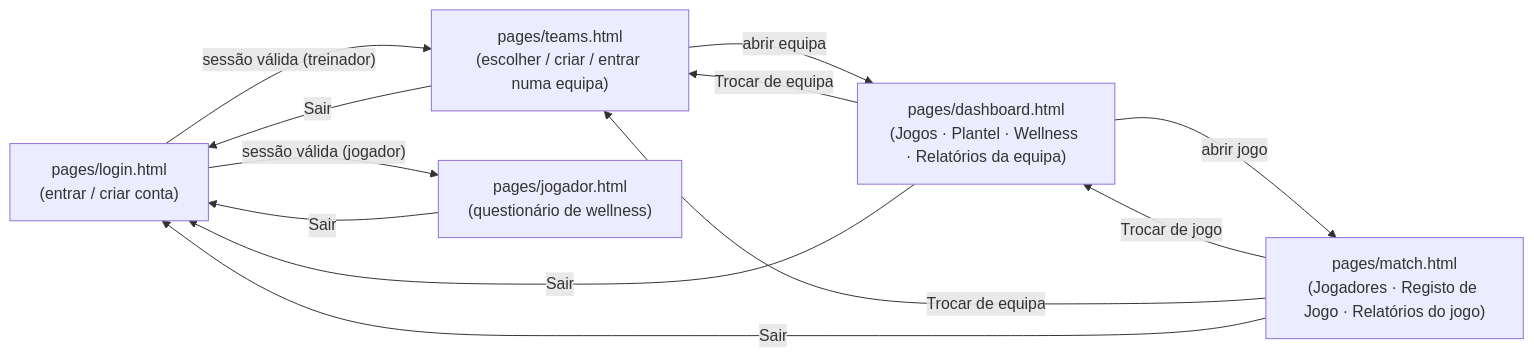
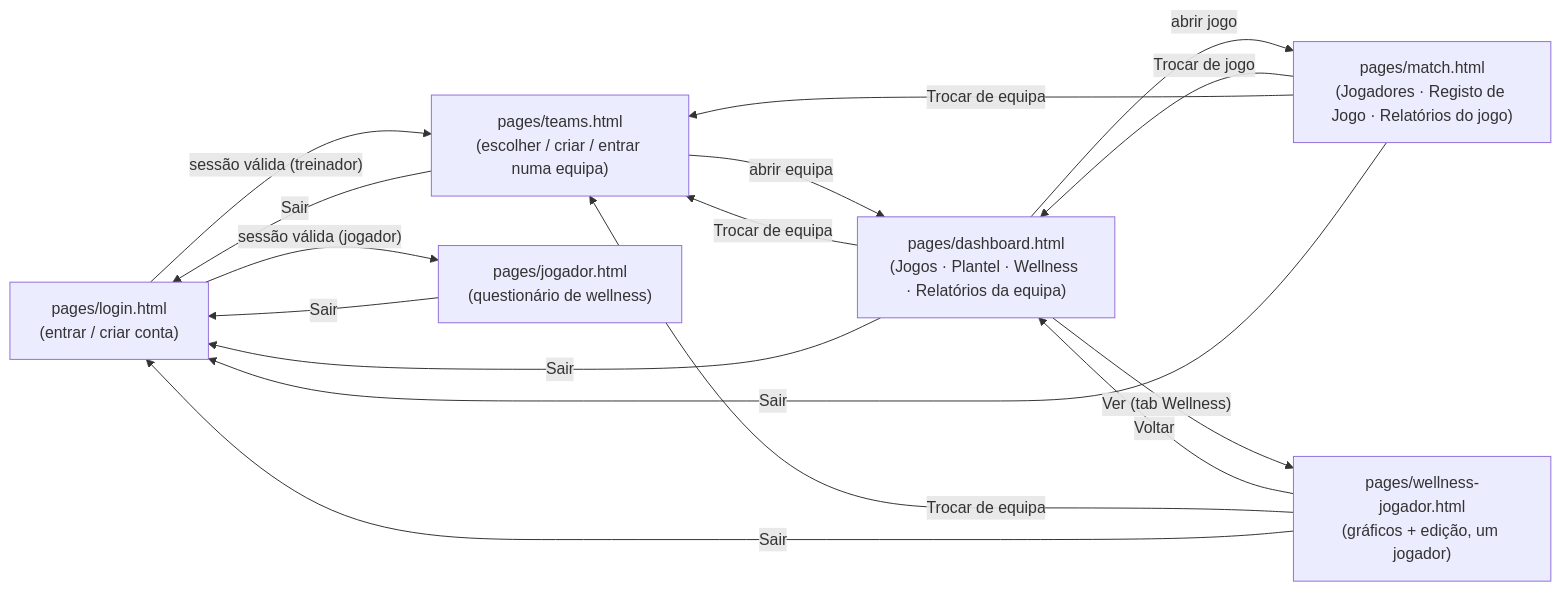
One commit to joaoaraujo144-star/analise_tatica_jogo changed the diagram in docs/architecture.md. Above: the diagram before and after it, drawn with Mermaid. The commit also changed other lines of this file and 11 other files, not shown here.

First line of the commit message:
Página de wellness por jogador: gráficos, edição e exportação PDF/Excel

````diff
--- a/docs/architecture.md
+++ b/docs/architecture.md
@@ -49,20 +55,25 @@
 ```mermaid
 flowchart LR
   L["pages/login.html<br/>(entrar / criar conta)"]
   T["pages/teams.html<br/>(escolher / criar / entrar numa equipa)"]
   D["pages/dashboard.html<br/>(Jogos · Plantel · Wellness · Relatórios da equipa)"]
   M["pages/match.html<br/>(Jogadores · Registo de Jogo · Relatórios do jogo)"]
   J["pages/jogador.html<br/>(questionário de wellness)"]
+  W["pages/wellness-jogador.html<br/>(gráficos + edição, um jogador)"]
 
   L -->|"sessão válida (treinador)"| T
   L -->|"sessão válida (jogador)"| J
   T -->|abrir equipa| D
   D -->|abrir jogo| M
+  D -->|"Ver (tab Wellness)"| W
+  W -->|"Voltar"| D
   M -->|"Trocar de jogo"| D
   D -->|"Trocar de equipa"| T
   M -->|"Trocar de equipa"| T
+  W -->|"Trocar de equipa"| T
   T -->|"Sair"| L
   D -->|"Sair"| L
   M -->|"Sair"| L
   J -->|"Sair"| L
+  W -->|"Sair"| L
 ```
````
